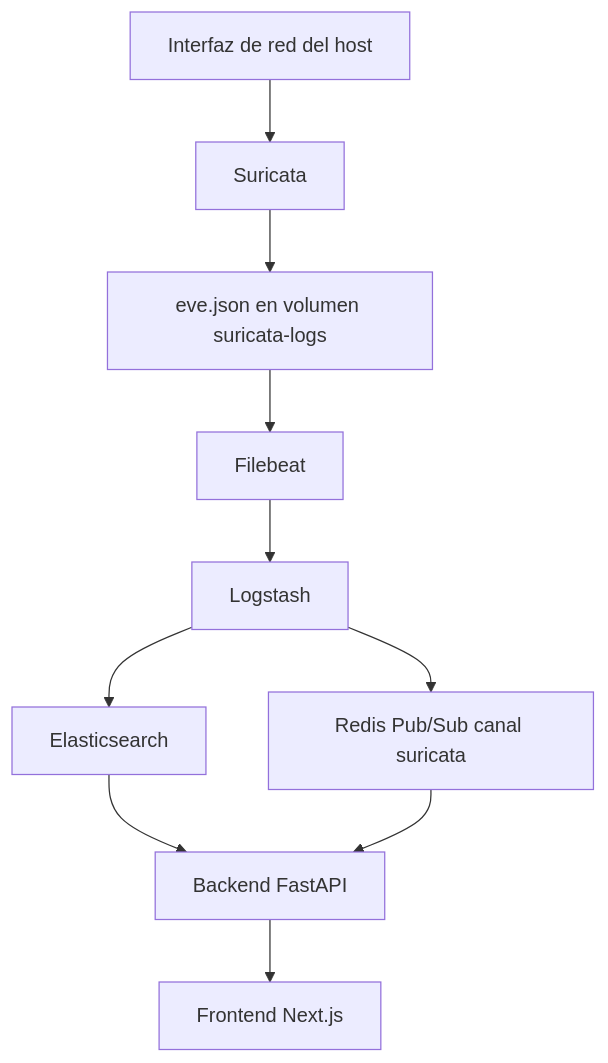
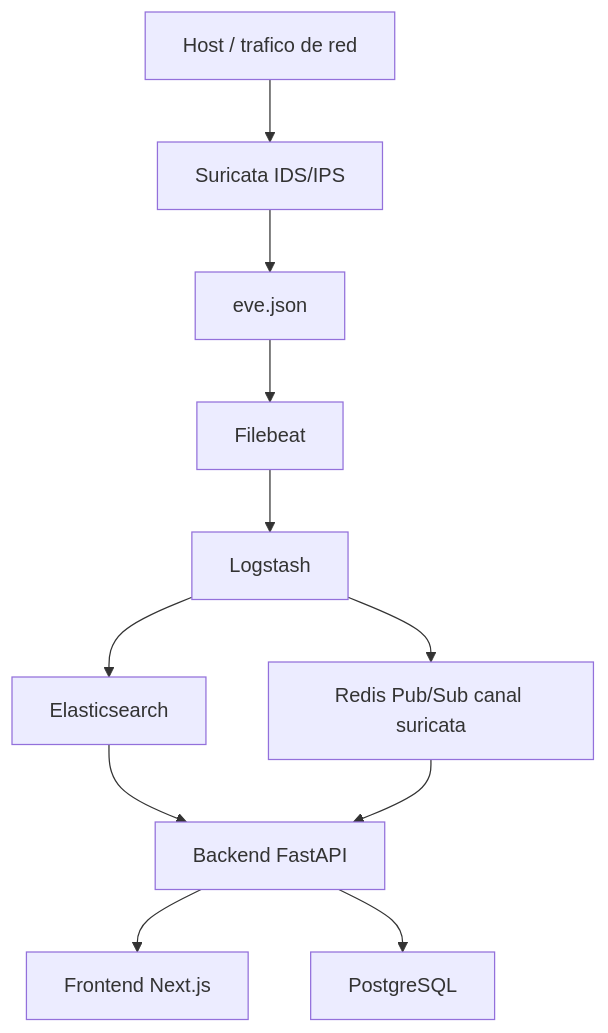
The diagram in Docs/01-Arquitectura/Arquitectura.md (MauricioDMO/LPP0-P10-Sistema-Inteligente-de-Detecci-n-de-Intrusiones), drawn with Mermaid before and after one commit. The commit also changed other lines of this file and 20 other files, not shown here.

````diff
--- a/Docs/01-Arquitectura/Arquitectura.md
+++ b/Docs/01-Arquitectura/Arquitectura.md
@@ -33,12 +10,13 @@
 ```mermaid
 flowchart TD
-    A[Interfaz de red del host] --> B[Suricata]
-    B --> C[eve.json en volumen suricata-logs]
+    A[Host / trafico de red] --> B[Suricata IDS/IPS]
+    B --> C[eve.json]
     C --> D[Filebeat]
     D --> E[Logstash]
     E --> F[Elasticsearch]
     E --> G[Redis Pub/Sub canal suricata]
     F --> H[Backend FastAPI]
     G --> H
     H --> I[Frontend Next.js]
+    H --> J[PostgreSQL]
 ```
````
